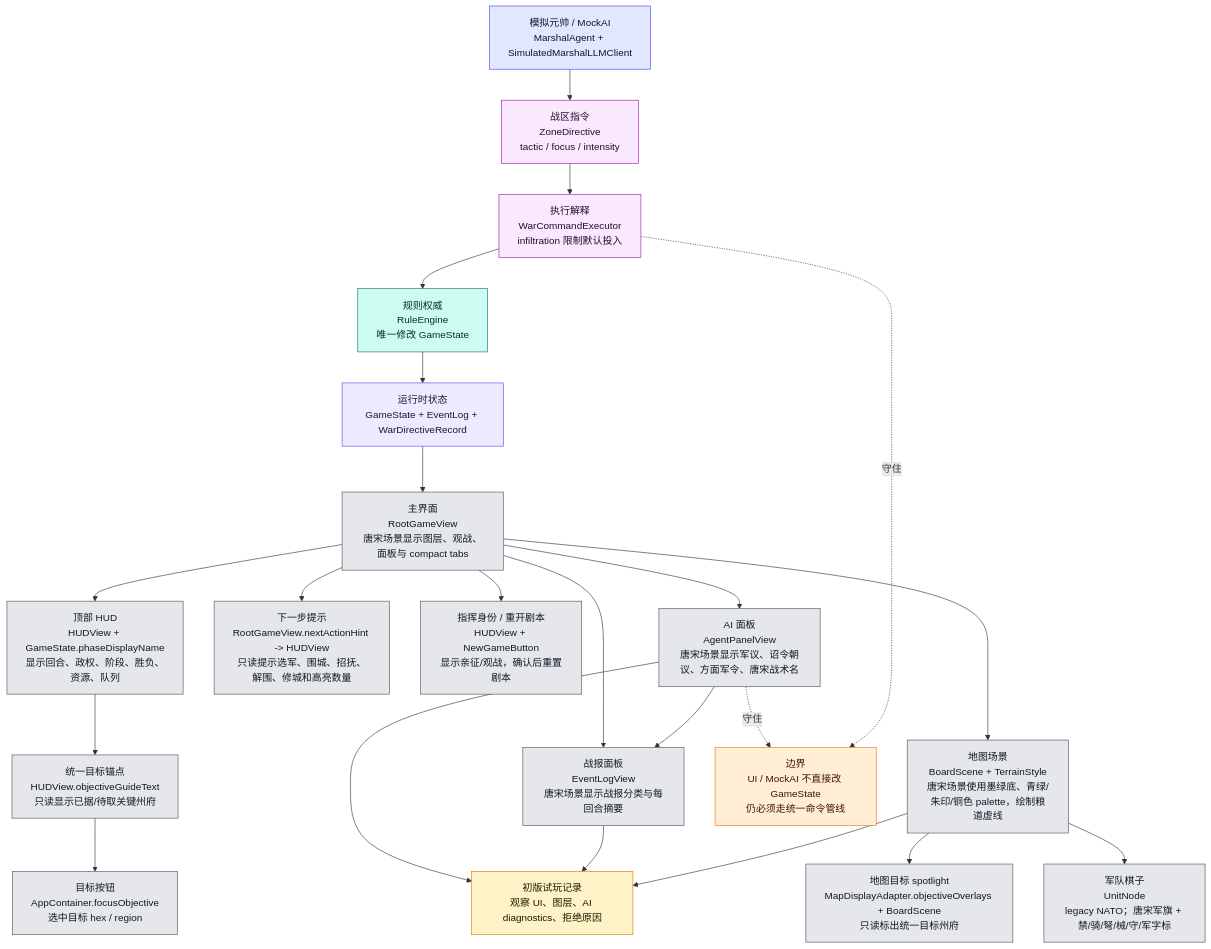
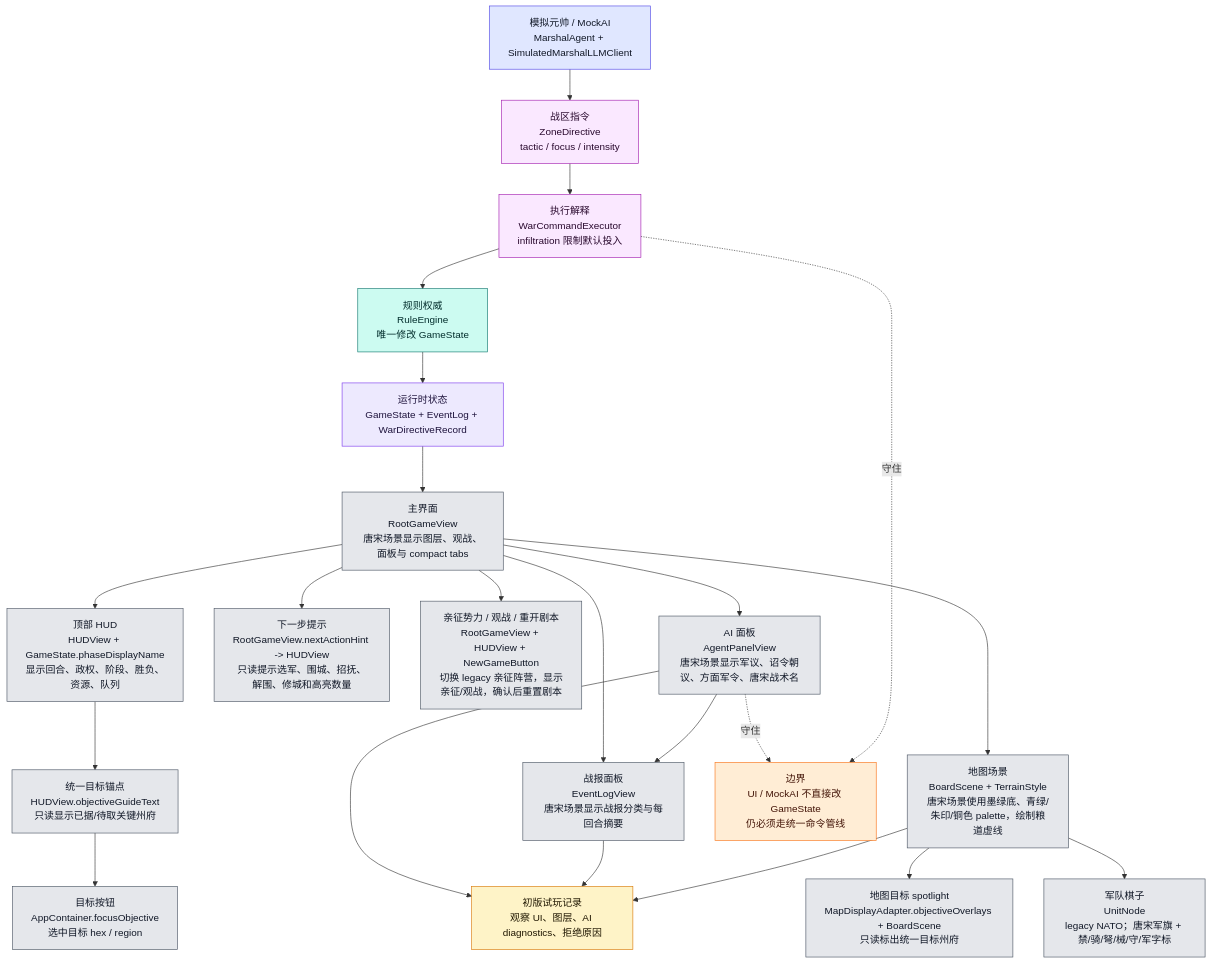
Before and after one commit to Altman-sam114/125: the tenth of 12 diagrams in md/flow/flowchart.md, drawn with Mermaid. The commit also changed other lines of this file and 9 other files, not shown here.

````diff
--- a/md/flow/flowchart.md
+++ b/md/flow/flowchart.md
@@ -548,48 +549,48 @@
 ```mermaid
 flowchart TD
     STATE["运行时状态<br/>GameState + EventLog + WarDirectiveRecord"]:::state
     ROOT["主界面<br/>RootGameView<br/>唐宋场景显示图层、观战、面板与 compact tabs"]:::ui
     HUD["顶部 HUD<br/>HUDView + GameState.phaseDisplayName<br/>显示回合、政权、阶段、胜负、资源、队列"]:::ui
     GOAL["统一目标锚点<br/>HUDView.objectiveGuideText<br/>只读显示已据/待取关键州府"]:::ui
     FOCUS["目标按钮<br/>AppContainer.focusObjective<br/>选中目标 hex / region"]:::ui
     SPOTLIGHT["地图目标 spotlight<br/>MapDisplayAdapter.objectiveOverlays + BoardScene<br/>只读标出统一目标州府"]:::ui
     HINT["下一步提示<br/>RootGameView.nextActionHint -> HUDView<br/>只读提示选军、围城、招抚、解围、修城和高亮数量"]:::ui
-    SESSIONHUD["指挥身份 / 重开剧本<br/>HUDView + NewGameButton<br/>显示亲征/观战，确认后重置剧本"]:::ui
+    SESSIONHUD["亲征势力 / 观战 / 重开剧本<br/>RootGameView + HUDView + NewGameButton<br/>切换 legacy 亲征阵营，显示亲征/观战，确认后重置剧本"]:::ui
     LOG["战报面板<br/>EventLogView<br/>唐宋场景显示战报分类与每回合摘要"]:::ui
     AIUI["AI 面板<br/>AgentPanelView<br/>唐宋场景显示军议、诏令朝议、方面军令、唐宋战术名"]:::ui
     BOARD["地图场景<br/>BoardScene + TerrainStyle<br/>唐宋场景使用墨绿底、青绿/朱印/铜色 palette，绘制粮道虚线"]:::ui
     UNIT["军队棋子<br/>UnitNode<br/>legacy NATO；唐宋军旗 + 禁/骑/弩/械/守/军字标"]:::ui
     MARSHAL["模拟元帅 / MockAI<br/>MarshalAgent + SimulatedMarshalLLMClient"]:::ai
     ZD["战区指令<br/>ZoneDirective<br/>tactic / focus / intensity"]:::command
     WCE["执行解释<br/>WarCommandExecutor<br/>infiltration 限制默认投入"]:::command
     RULE["规则权威<br/>RuleEngine<br/>唯一修改 GameState"]:::rules
     PLAYTEST["初版试玩记录<br/>观察 UI、图层、AI diagnostics、拒绝原因"]:::doc
 
     STATE --> ROOT
     ROOT --> HUD
     HUD --> GOAL --> FOCUS
     BOARD --> SPOTLIGHT
     ROOT --> HINT
     ROOT --> SESSIONHUD
     ROOT --> LOG
     ROOT --> AIUI
     AIUI --> LOG
     ROOT --> BOARD
     BOARD --> UNIT
     MARSHAL --> ZD --> WCE --> RULE --> STATE
     AIUI --> PLAYTEST
     LOG --> PLAYTEST
     BOARD --> PLAYTEST
 
     WARN["边界<br/>UI / MockAI 不直接改 GameState<br/>仍必须走统一命令管线"]:::warn
     AIUI -.守住.-> WARN
     WCE -.守住.-> WARN
 
     classDef state fill:#ede9fe,stroke:#7c3aed,color:#1f143d
     classDef ui fill:#e5e7eb,stroke:#4b5563,color:#111827
     classDef ai fill:#e0e7ff,stroke:#4f46e5,color:#111827
     classDef command fill:#fae8ff,stroke:#a21caf,color:#2a0a2f
     classDef rules fill:#ccfbf1,stroke:#0f766e,color:#042f2e
     classDef doc fill:#fef3c7,stroke:#d97706,color:#1f1600
     classDef warn fill:#ffedd5,stroke:#f97316,color:#431407
 ```
````
